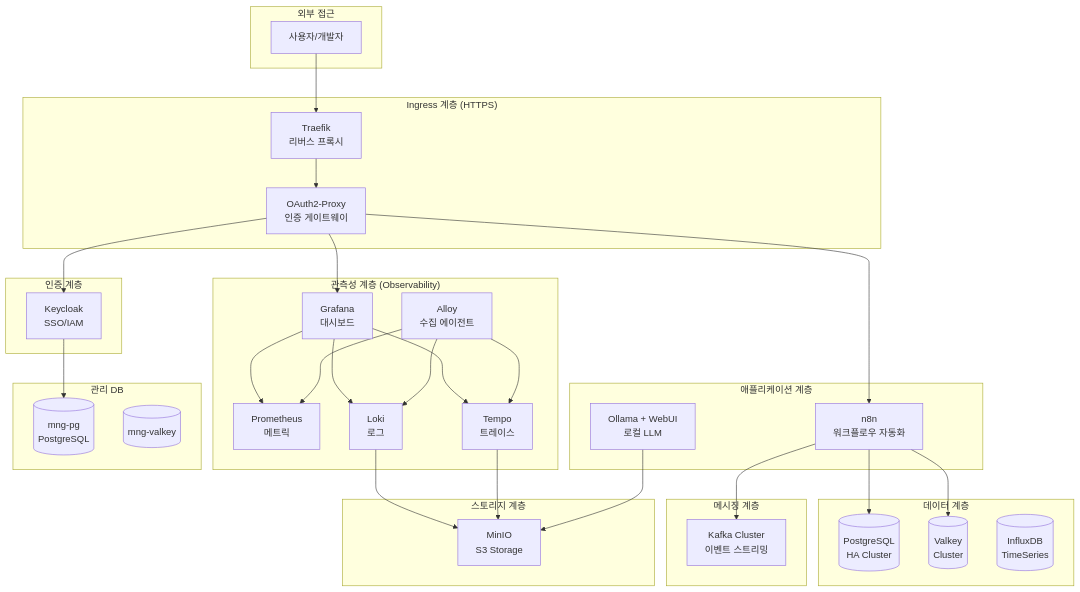
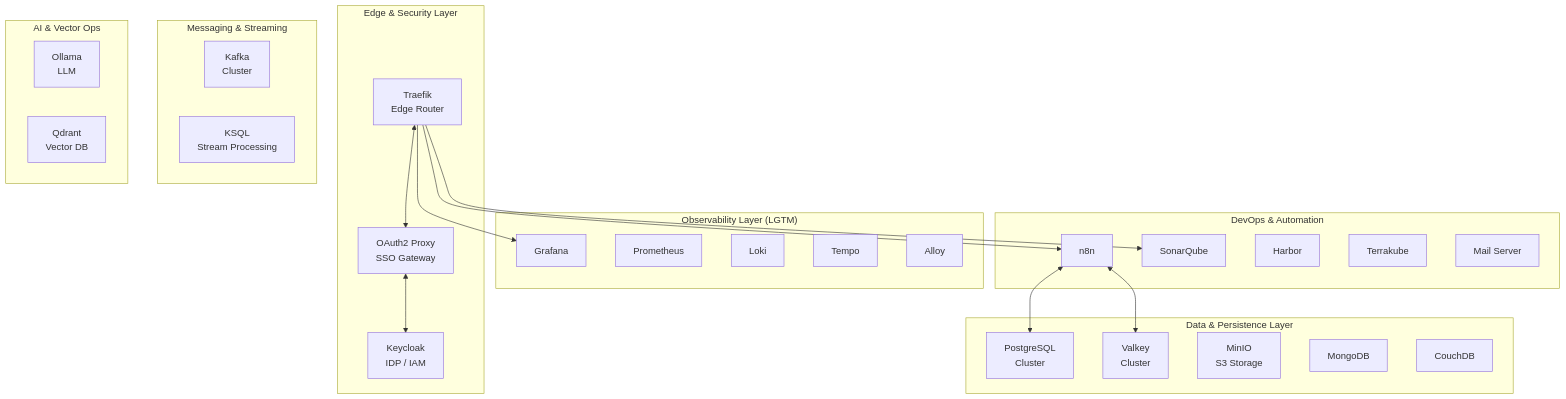
The diagram in docs/architecture/system-architecture.md (buenhyden/hy-home.docker), drawn with Mermaid before and after one commit. The commit also changed other lines of this file and 6 other files, not shown here.

````diff
--- a/docs/architecture/system-architecture.md
+++ b/docs/architecture/system-architecture.md
@@ -9,71 +9,50 @@
 ```mermaid
-flowchart TB
-    subgraph "외부 접근"
-        USER[사용자/개발자]
+graph TB
+    subgraph "Edge & Security Layer"
+        T[Traefik<br/>Edge Router]
+        O[OAuth2 Proxy<br/>SSO Gateway]
+        K[Keycloak<br/>IDP / IAM]
     end
+
+    subgraph "Data & Persistence Layer"
+        PG[PostgreSQL<br/>Cluster]
+        VK[Valkey<br/>Cluster]
+        MN[MinIO<br/>S3 Storage]
+        MNG[MongoDB]
+        CB[CouchDB]
+    end
+
+    subgraph "Messaging & Streaming"
+        KF[Kafka<br/>Cluster]
+        KSQL[KSQL<br/>Stream Processing]
+    end
+
+    subgraph "AI & Vector Ops"
+        OL[Ollama<br/>LLM]
+        QD[Qdrant<br/>Vector DB]
+    end
+
+    subgraph "Observability Layer (LGTM)"
+        G[Grafana]
+        P[Prometheus]
+        L[Loki]
+        TM[Tempo]
+        AL[Alloy]
+    end
+
+    subgraph "DevOps & Automation"
+        N8[n8n]
+        SQ[SonarQube]
+        HB[Harbor]
+        TK[Terrakube]
+        MAIL[Mail Server]
+    end
+
+    T <--> O <--> K
+    T --> G
+    T --> N8
+    T --> SQ
     
-    subgraph "Ingress 계층 (HTTPS)"
-        TRAEFIK[Traefik<br/>리버스 프록시]
-        OAUTH[OAuth2-Proxy<br/>인증 게이트웨이]
-    end
-    
-    subgraph "인증 계층"
-        KC[Keycloak<br/>SSO/IAM]
-    end
-    
-    subgraph "애플리케이션 계층"
-        N8N[n8n<br/>워크플로우 자동화]
-        OLLAMA[Ollama + WebUI<br/>로컬 LLM]
-    end
-    
-    subgraph "관측성 계층 (Observability)"
-        GRAFANA[Grafana<br/>대시보드]
-        PROM[Prometheus<br/>메트릭]
-        LOKI[Loki<br/>로그]
-        TEMPO[Tempo<br/>트레이스]
-        ALLOY[Alloy<br/>수집 에이전트]
-    end
-    
-    subgraph "데이터 계층"
-        PG[(PostgreSQL<br/>HA Cluster)]
-        VALKEY[(Valkey<br/>Cluster)]
-        INFLUX[(InfluxDB<br/>TimeSeries)]
-    end
-    
-    subgraph "메시징 계층"
-        KAFKA[Kafka Cluster<br/>이벤트 스트리밍]
-    end
-    
-    subgraph "스토리지 계층"
-        MINIO[MinIO<br/>S3 Storage]
-    end
-    
-    subgraph "관리 DB"
-        MNGPG[(mng-pg<br/>PostgreSQL)]
-        MNGVALKEY[(mng-valkey)]
-    end
-    
-    USER --> TRAEFIK
-    TRAEFIK --> OAUTH
-    OAUTH --> KC
-    OAUTH --> GRAFANA
-    OAUTH --> N8N
-    
-    KC --> MNGPG
-    
-    GRAFANA --> PROM
-    GRAFANA --> LOKI
-    GRAFANA --> TEMPO
-    
-    ALLOY --> PROM
-    ALLOY --> LOKI
-    ALLOY --> TEMPO
-    
-    N8N --> PG
-    N8N --> VALKEY
-    N8N --> KAFKA
-    
-    LOKI --> MINIO
-    TEMPO --> MINIO
-    OLLAMA --> MINIO
+    N8 <--> PG
+    N8 <--> VK
 ```
````
